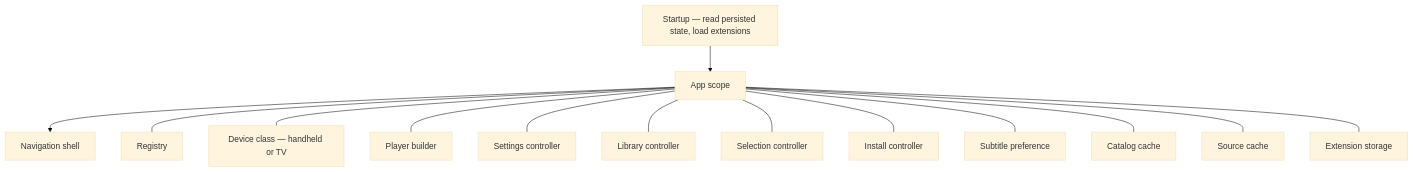
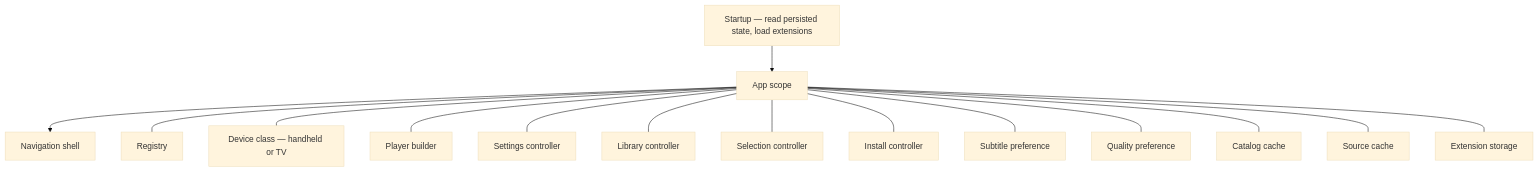
One commit to nimbusfvck/fvcksubs changed the first of 6 diagrams in docs/06-app-layer.md. Above: the diagram before and after it, drawn with Mermaid (base theme). The commit also changed other lines of this file and 17 other files, not shown here.

````diff
--- a/docs/06-app-layer.md
+++ b/docs/06-app-layer.md
@@ -11,16 +11,17 @@
 ```mermaid
 flowchart TB
     BOOT["Startup — read persisted state, load extensions"] --> SCOPE["App scope"] --> UI["Navigation shell"]
 
     SCOPE --- R["Registry"]
     SCOPE --- DC["Device class — handheld or TV"]
     SCOPE --- PB["Player builder"]
     SCOPE --- C1["Settings controller"]
     SCOPE --- C2["Library controller"]
     SCOPE --- C3["Selection controller"]
     SCOPE --- C4["Install controller"]
     SCOPE --- C5["Subtitle preference"]
+    SCOPE --- C6["Quality preference"]
     SCOPE --- K1["Catalog cache"]
     SCOPE --- K2["Source cache"]
     SCOPE --- K3["Extension storage"]
 ```
````
